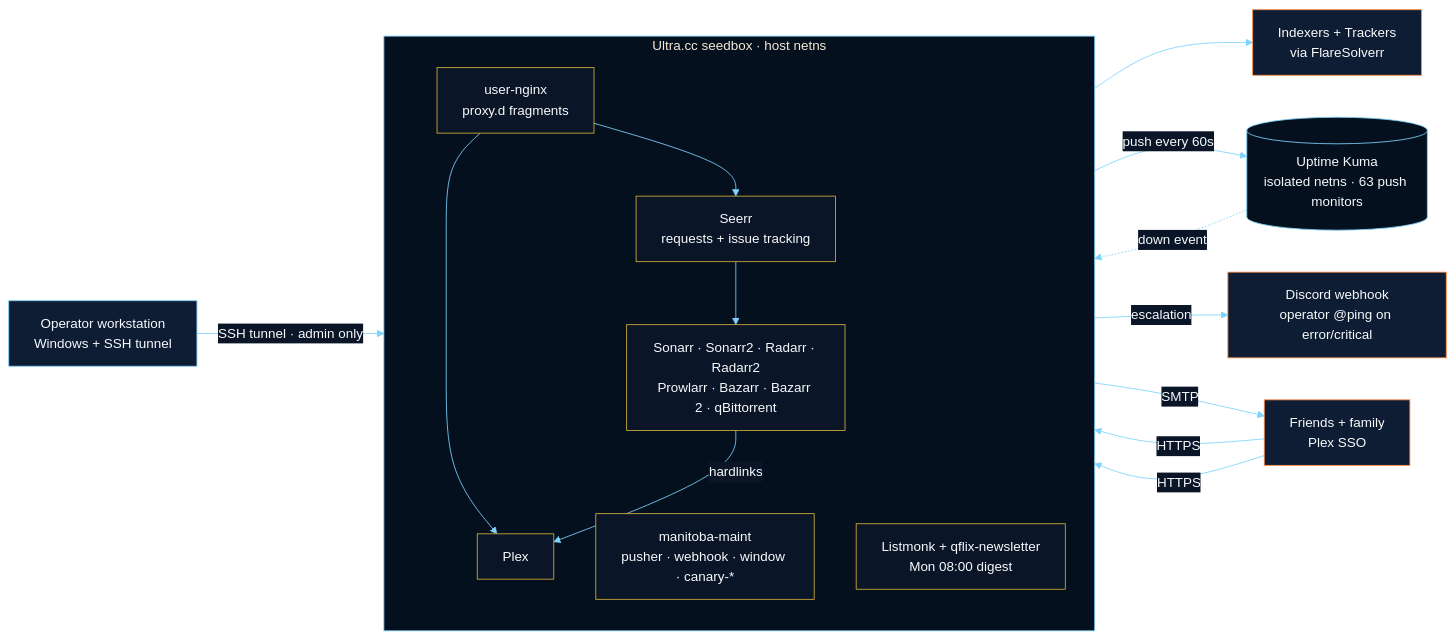
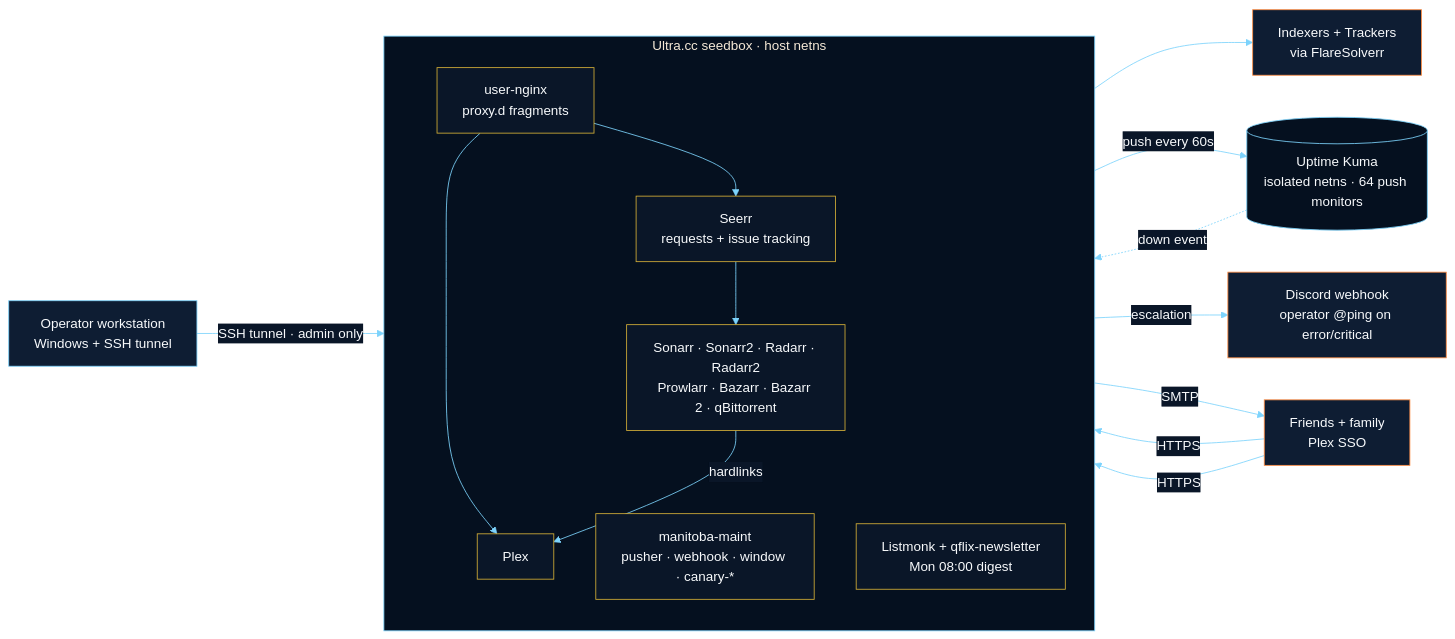
One commit to Quadstronaut/QFlix changed the first of 6 diagrams in README.md. Above: the diagram before and after it, drawn with Mermaid. The commit also changed other lines of this file and 10 other files, not shown here.

````diff
--- a/README.md
+++ b/README.md
@@ -76,35 +76,35 @@
 ```mermaid
 %%{init: {'theme':'base','themeVariables':{'primaryColor':'#0e1d33','primaryTextColor':'#f8fafc','primaryBorderColor':'#ff8c42','lineColor':'#7dd3fc','secondaryColor':'#05101f','tertiaryColor':'#0a1628','clusterBkg':'#05101f','clusterBorder':'#7dd3fc','edgeLabelBackground':'#0a1628','fontFamily':'Segoe UI, Roboto, sans-serif'}}}%%
 flowchart LR
   classDef ext fill:#0e1d33,stroke:#ff8c42,color:#f8fafc
   classDef user fill:#0e1d33,stroke:#7dd3fc,color:#f8fafc
   classDef seedbox fill:#0a1628,stroke:#d4af37,color:#f8fafc
   classDef kuma fill:#05101f,stroke:#7dd3fc,color:#f8fafc
 
   user[Operator workstation<br/>Windows + SSH tunnel]:::user
   friends[Friends + family<br/>Plex SSO]:::ext
   ext[Indexers + Trackers<br/>via FlareSolverr]:::ext
 
   subgraph SB[Ultra.cc seedbox · host netns]
     direction TB
     nginx[user-nginx<br/>proxy.d fragments]:::seedbox
     plex[Plex]:::seedbox
     arr[Sonarr · Sonarr2 · Radarr · Radarr2<br/>Prowlarr · Bazarr · Bazarr 2 · qBittorrent]:::seedbox
     requests[Seerr<br/>requests + issue tracking]:::seedbox
     maint[manitoba-maint<br/>pusher · webhook · window · canary-*]:::seedbox
     comms[Listmonk + qflix-newsletter<br/>Mon 08:00 digest]:::seedbox
   end
 
-  kuma[(Uptime Kuma<br/>isolated netns · 63 push monitors)]:::kuma
+  kuma[(Uptime Kuma<br/>isolated netns · 64 push monitors)]:::kuma
   discord[Discord webhook<br/>operator @ping on error/critical]:::ext
 
   friends -->|HTTPS| nginx --> plex
   friends -->|HTTPS| nginx --> requests
   requests --> arr --> ext
   arr -->|hardlinks| plex
   user -->|SSH tunnel · admin only| arr
   maint -->|push every 60s| kuma
   kuma -.->|down event| maint
   maint -->|escalation| discord
   comms -->|SMTP| friends
 ```
````
